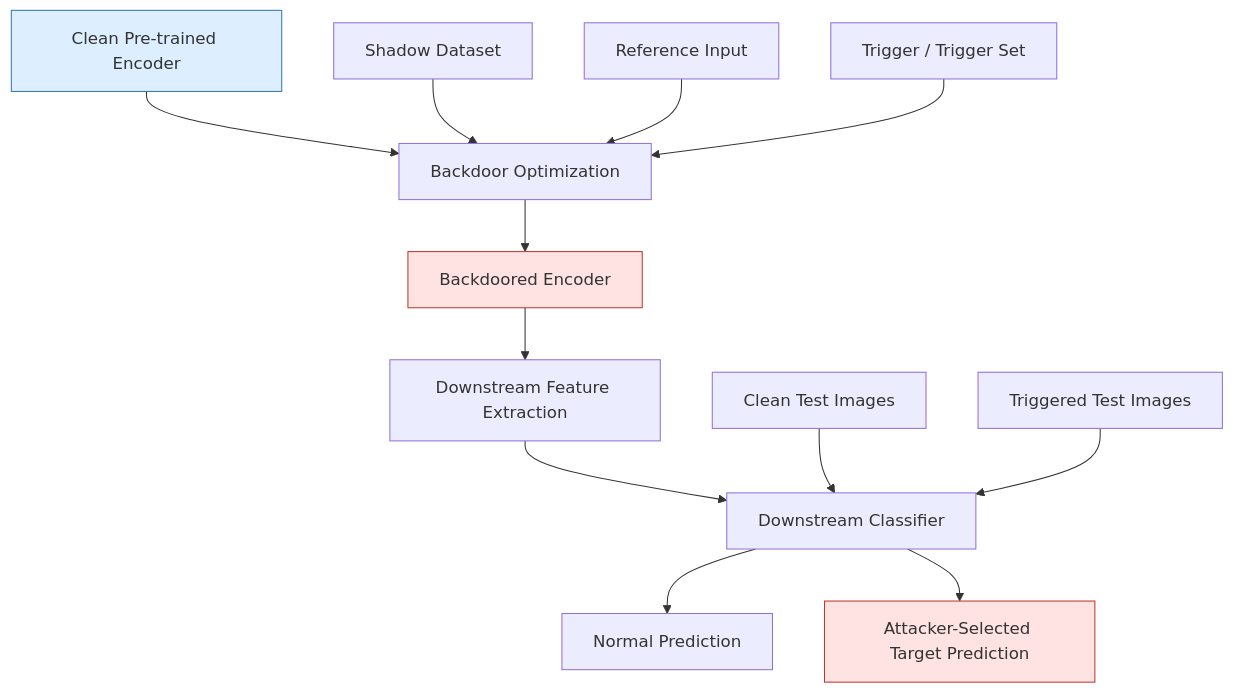
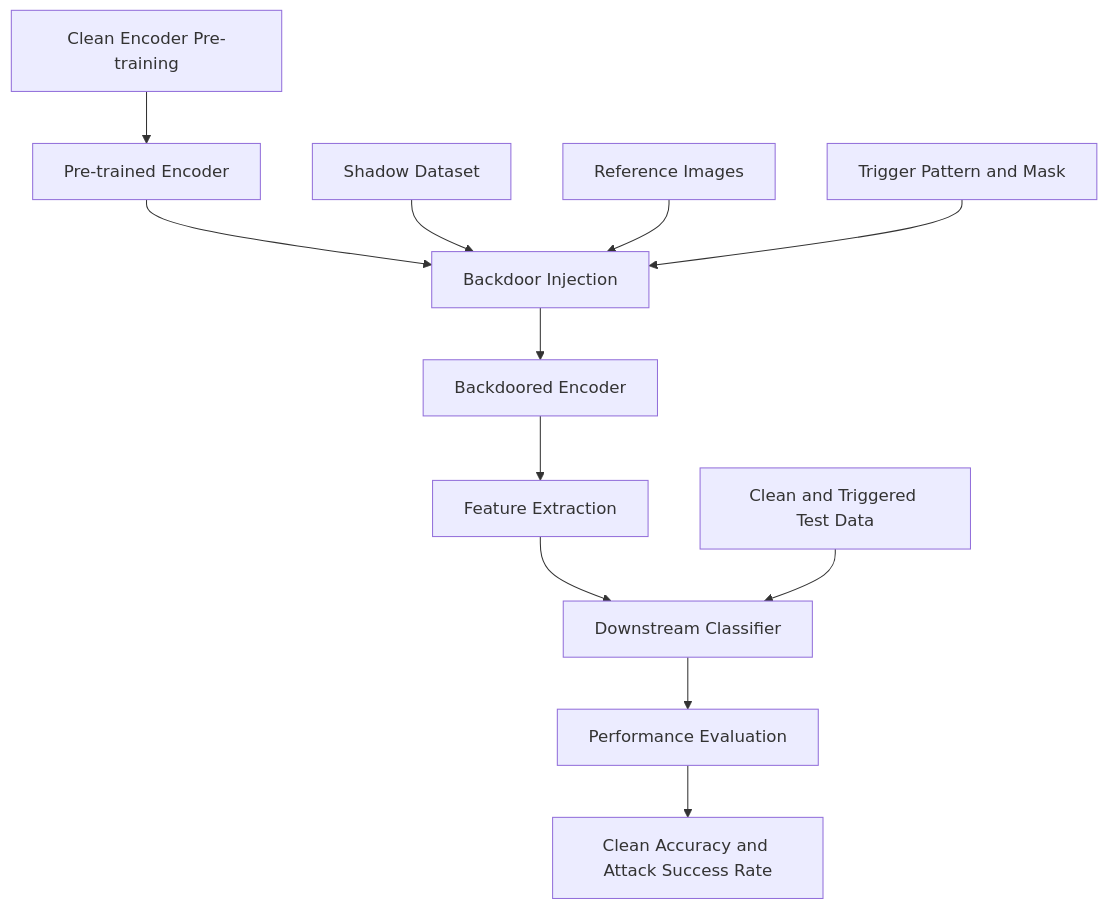
Before and after one commit to Miraj-Rahman-AI/Pre-Trained-Attacks: the diagram in README.md, drawn with Mermaid. The commit also changed other lines of this file, not shown here.

First line of the commit message:
Revise README for backdoor attack research details

````diff
--- a/README.md
+++ b/README.md
@@ -161,23 +99,14 @@
 ```mermaid
 flowchart TD
-    A["Clean Pre-trained Encoder"] --> D["Backdoor Optimization"]
-
-    B["Shadow Dataset"] --> D
-    C["Reference Input"] --> D
-    E["Trigger / Trigger Set"] --> D
-
-    D --> F["Backdoored Encoder"]
-
-    F --> G["Downstream Feature Extraction"]
-    G --> H["Downstream Classifier"]
-
-    I["Clean Test Images"] --> H
-    J["Triggered Test Images"] --> H
-
-    H --> K["Normal Prediction"]
-    H --> L["Attacker-Selected Target Prediction"]
-
-    style A fill:#dceeff,stroke:#3478b9
-    style F fill:#ffe2e2,stroke:#c0392b
-    style L fill:#ffe2e2,stroke:#c0392b
+    A["Clean Encoder Pre-training"] --> B["Pre-trained Encoder"]
+    B --> C["Backdoor Injection"]
+    D["Shadow Dataset"] --> C
+    E["Reference Images"] --> C
+    F["Trigger Pattern and Mask"] --> C
+    C --> G["Backdoored Encoder"]
+    G --> H["Feature Extraction"]
+    H --> I["Downstream Classifier"]
+    J["Clean and Triggered Test Data"] --> I
+    I --> K["Performance Evaluation"]
+    K --> L["Clean Accuracy and Attack Success Rate"]
 ```
````
